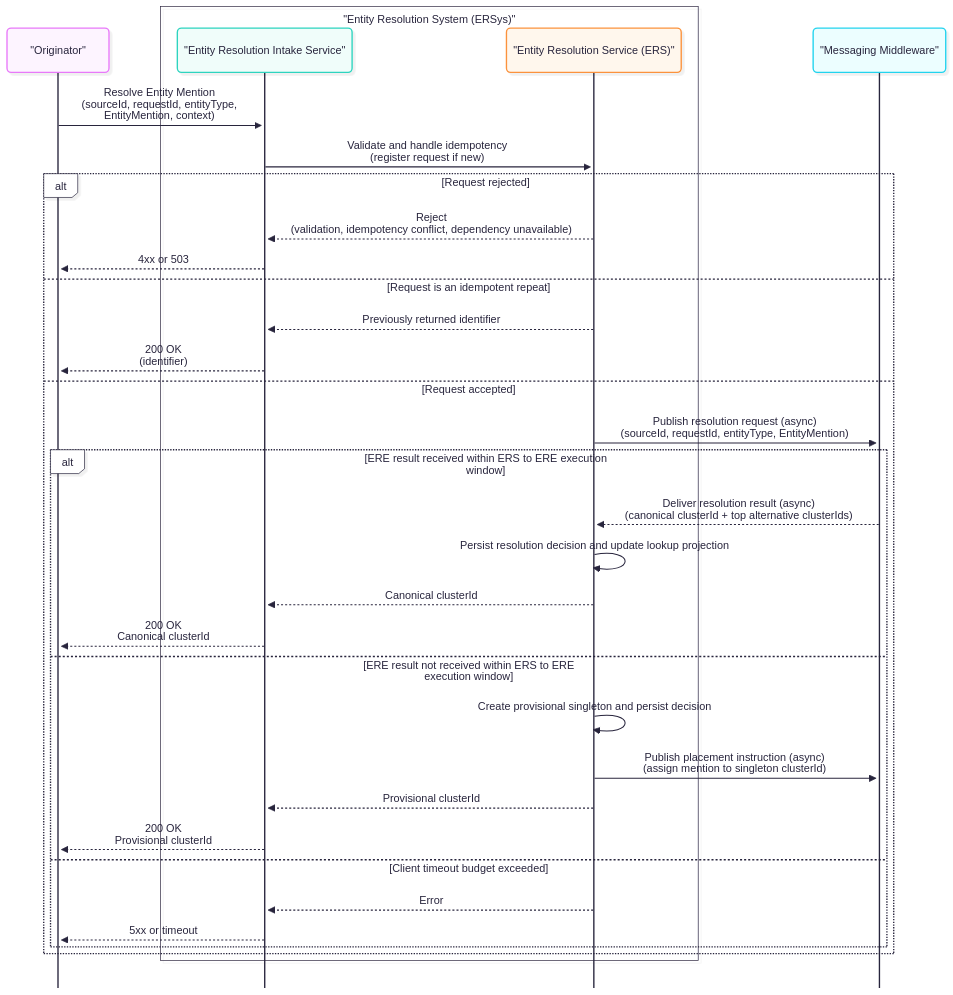
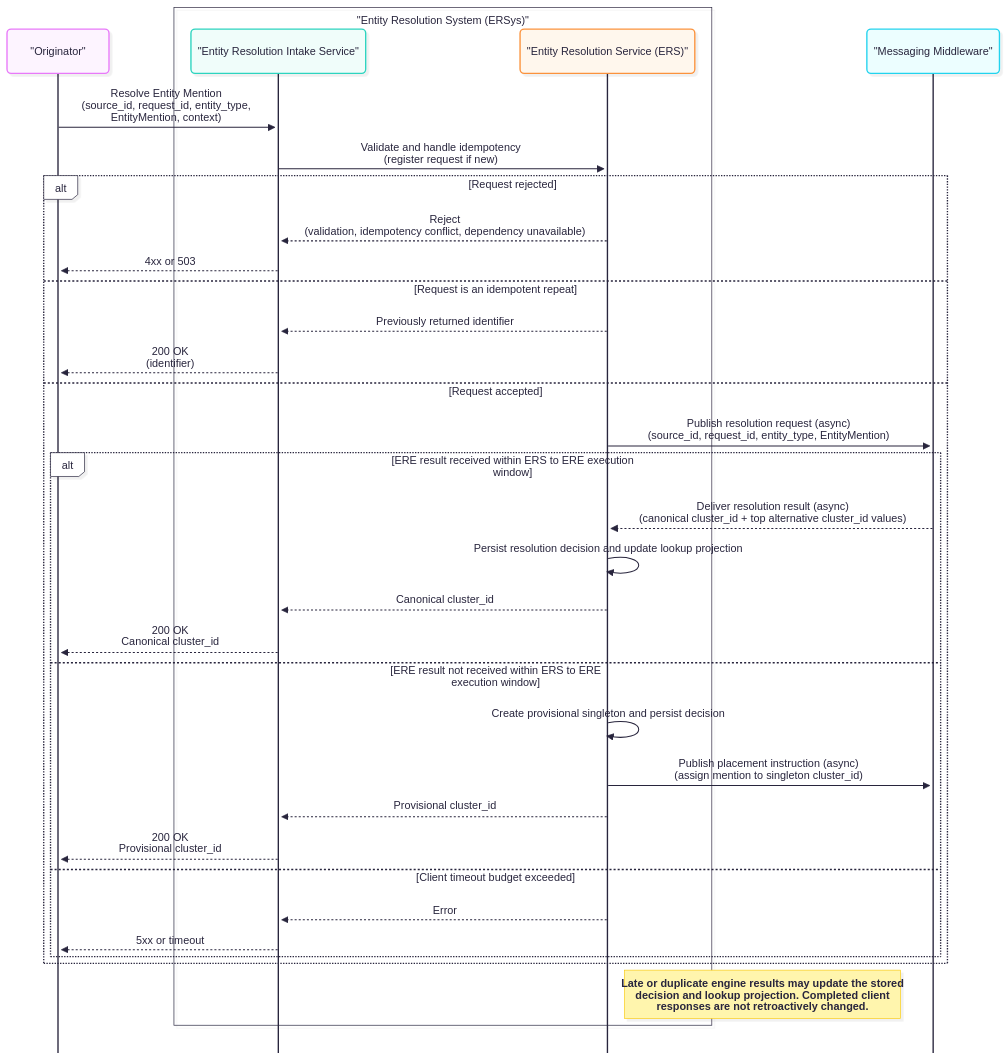
Before and after one commit to OP-TED/entity-resolution-docs: the diagram in docs/modules/ROOT/pages/ERSArchitecture/spine-a.adoc, drawn with Mermaid. The commit also changed other lines of this file and 15 other files, not shown here.

Commit message:
docs: revise architecture section

```diff
--- a/docs/modules/ROOT/pages/ERSArchitecture/spine-a.adoc
+++ b/docs/modules/ROOT/pages/ERSArchitecture/spine-a.adoc
@@ -11,56 +11,56 @@
-[mermaid, align=center, width=100%]
+[mermaid, align=center]
 ----
 ---
 config:
   look: neo
   theme: redux-color
   mirrorActors: false
   sequence:
     bottomMarginAdj: 0.1
 ---
 sequenceDiagram
 %% Maps to EA diagram: UML Sequence (Spine A)
 %% Purpose: bounded resolve with idempotent request handling (UCB11)
 %% Shows: async publication to Messaging Middleware and bounded response semantics
 %% Excludes: store choreography details, engine internals, curation, rebuild
 
 participant Originator as "Originator"
 
 box "Entity Resolution System (ERSys)"
     participant ERIntake as "Entity Resolution Intake Service"
     participant ERS as "Entity Resolution Service (ERS)"
 end
 
 participant MessagingMiddleware as "Messaging Middleware"
 
-Originator ->> ERIntake: Resolve Entity Mention<br/>(sourceId, requestId, entityType,<br> EntityMention, context)
+Originator ->> ERIntake: Resolve Entity Mention<br/>(source_id, request_id, entity_type,<br/> EntityMention, context)
 ERIntake ->> ERS: Validate and handle idempotency<br/>(register request if new)
 
 alt Request rejected
     ERS -->> ERIntake: Reject<br/>(validation, idempotency conflict, dependency unavailable)
     ERIntake -->> Originator: 4xx or 503
 else Request is an idempotent repeat
     ERS -->> ERIntake: Previously returned identifier
     ERIntake -->> Originator: 200 OK<br/>(identifier)
 else Request accepted
-    ERS ->> MessagingMiddleware: Publish resolution request (async)<br/>(sourceId, requestId, entityType, EntityMention)
+    ERS ->> MessagingMiddleware: Publish resolution request (async)<br/>(source_id, request_id, entity_type, EntityMention)
 
     alt ERE result received within ERS to ERE execution window
-        MessagingMiddleware -->> ERS: Deliver resolution result (async)<br/>(canonical clusterId + top alternative clusterIds)
+        MessagingMiddleware -->> ERS: Deliver resolution result (async)<br/>(canonical cluster_id + top alternative cluster_id values)
         ERS ->> ERS: Persist resolution decision and update lookup projection
-        ERS -->> ERIntake: Canonical clusterId
-        ERIntake -->> Originator: 200 OK<br/>Canonical clusterId
+        ERS -->> ERIntake: Canonical cluster_id
+        ERIntake -->> Originator: 200 OK<br/>Canonical cluster_id
     else ERE result not received within ERS to ERE execution window
         ERS ->> ERS: Create provisional singleton and persist decision
-        ERS ->> MessagingMiddleware: Publish placement instruction (async)<br/>(assign mention to singleton clusterId)
-        ERS -->> ERIntake: Provisional clusterId
-        ERIntake -->> Originator: 200 OK<br/>Provisional clusterId
+        ERS ->> MessagingMiddleware: Publish placement instruction (async)<br/>(assign mention to singleton cluster_id)
+        ERS -->> ERIntake: Provisional cluster_id
+        ERIntake -->> Originator: 200 OK<br/>Provisional cluster_id
     else Client timeout budget exceeded
         ERS -->> ERIntake: Error
         ERIntake -->> Originator: 5xx or timeout
     end
 end
 
-%% note right of ERS: Late or duplicate engine results may update the stored decision and lookup projection\nCompleted client responses are not retroactively changed
+Note right of ERS: Late or duplicate engine results may update the stored<br/>decision and lookup projection. Completed client<br/>responses are not retroactively changed.
 
 ----
```
